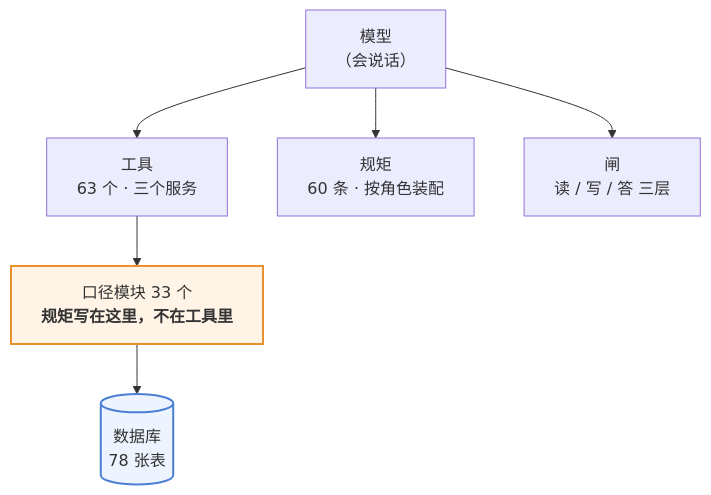
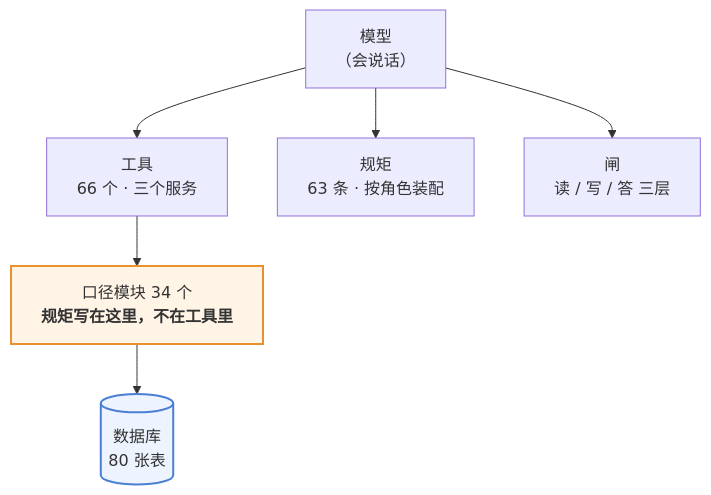
One commit to 843773296-rgb/lanxiu-yunshang-agent changed the first of 3 diagrams in 澜绣云裳agent-产品说明.md. Above: the diagram before and after it, drawn with Mermaid. The commit also changed other lines of this file and 17 other files, not shown here.

````diff
--- a/澜绣云裳agent-产品说明.md
+++ b/澜绣云裳agent-产品说明.md
@@ -62,12 +62,12 @@
 ```mermaid
 flowchart TD
     M["模型<br/>（会说话）"]
-    M --> T["工具<br/>63 个 · 三个服务"]
-    M --> R["规矩<br/>60 条 · 按角色装配"]
+    M --> T["工具<br/>66 个 · 三个服务"]
+    M --> R["规矩<br/>63 条 · 按角色装配"]
     M --> G["闸<br/>读 / 写 / 答 三层"]
-    T --> K["口径模块 33 个<br/><b>规矩写在这里，不在工具里</b>"]
-    K --> DB[("数据库<br/>78 张表")]
+    T --> K["口径模块 34 个<br/><b>规矩写在这里，不在工具里</b>"]
+    K --> DB[("数据库<br/>80 张表")]
 
     style K fill:#fff4e6,stroke:#e8912d,stroke-width:2px
     style DB fill:#eef4ff,stroke:#4a7fd4,stroke-width:2px
 ```
````
